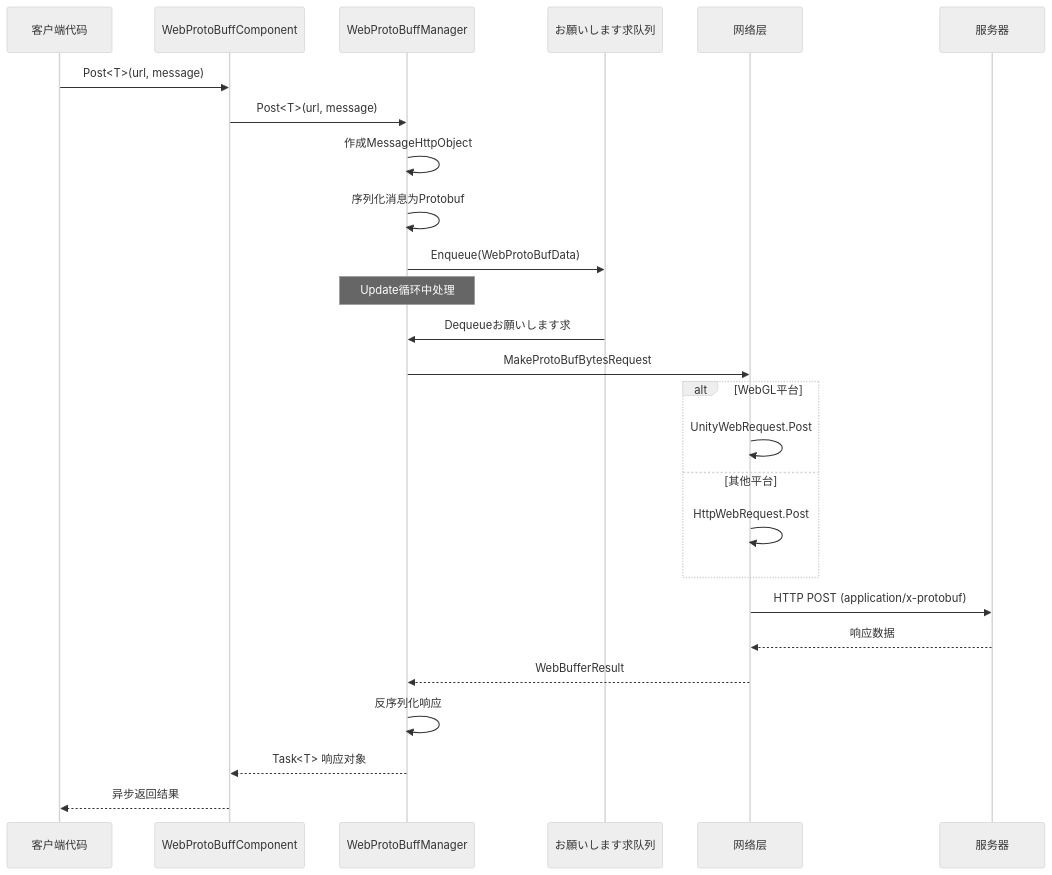
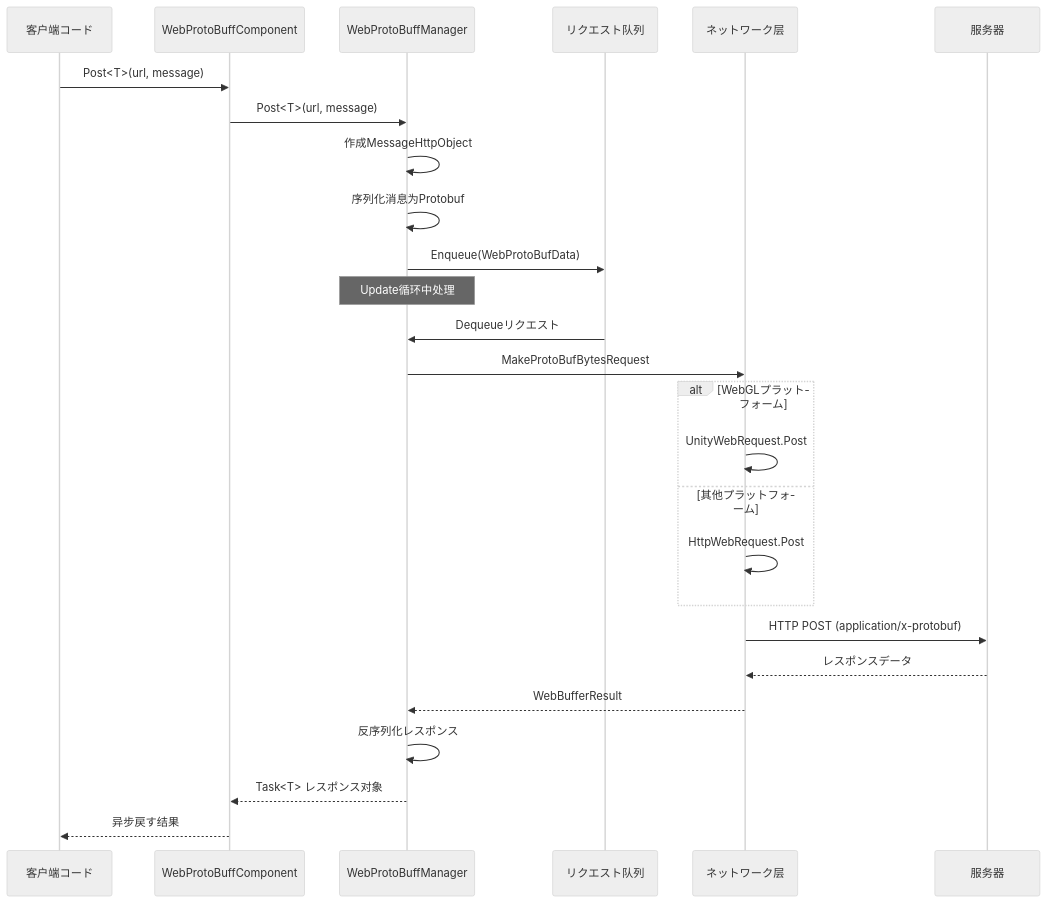
One commit to AlianBlank/GameFrameX.Docs changed the second of 2 diagrams in docs/ja/client/unity/component/web-protobuff/08.iwebprotobuffmanager.md. Above: the diagram before and after it, drawn with Mermaid (neutral theme). The commit also changed other lines of this file and 320 other files, not shown here.

````diff
--- a/docs/ja/client/unity/component/web-protobuff/08.iwebprotobuffmanager.md
+++ b/docs/ja/client/unity/component/web-protobuff/08.iwebprotobuffmanager.md
@@ -59,33 +59,33 @@
 ```mermaid
 sequenceDiagram
-    participant Client as 客户端代码
+    participant Client as 客户端コード
     participant Component as WebProtoBuffComponent
     participant Manager as WebProtoBuffManager
-    participant Queue as お願いします求队列
-    participant Network as 网络层
+    participant Queue as リクエスト队列
+    participant Network as ネットワーク层
     participant Server as 服务器
 
     Client->>Component: Post<T>(url, message)
     Component->>Manager: Post<T>(url, message)
     Manager->>Manager: 作成MessageHttpObject
     Manager->>Manager: 序列化消息为Protobuf
     Manager->>Queue: Enqueue(WebProtoBufData)
     
     Note over Manager: Update循环中处理
-    Queue->>Manager: Dequeueお願いします求
+    Queue->>Manager: Dequeueリクエスト
     Manager->>Network: MakeProtoBufBytesRequest
     
-    alt WebGL平台
+    alt WebGLプラットフォーム
         Network->>Network: UnityWebRequest.Post
-    else 其他平台
+    else 其他プラットフォーム
         Network->>Network: HttpWebRequest.Post
     end
     
     Network->>Server: HTTP POST (application/x-protobuf)
-    Server-->>Network: 响应数据
+    Server-->>Network: レスポンスデータ
     Network-->>Manager: WebBufferResult
     
-    Manager->>Manager: 反序列化响应
-    Manager-->>Component: Task<T> 响应对象
-    Component-->>Client: 异步返回结果
+    Manager->>Manager: 反序列化レスポンス
+    Manager-->>Component: Task<T> レスポンス对象
+    Component-->>Client: 异步戻す结果
 ```
````
